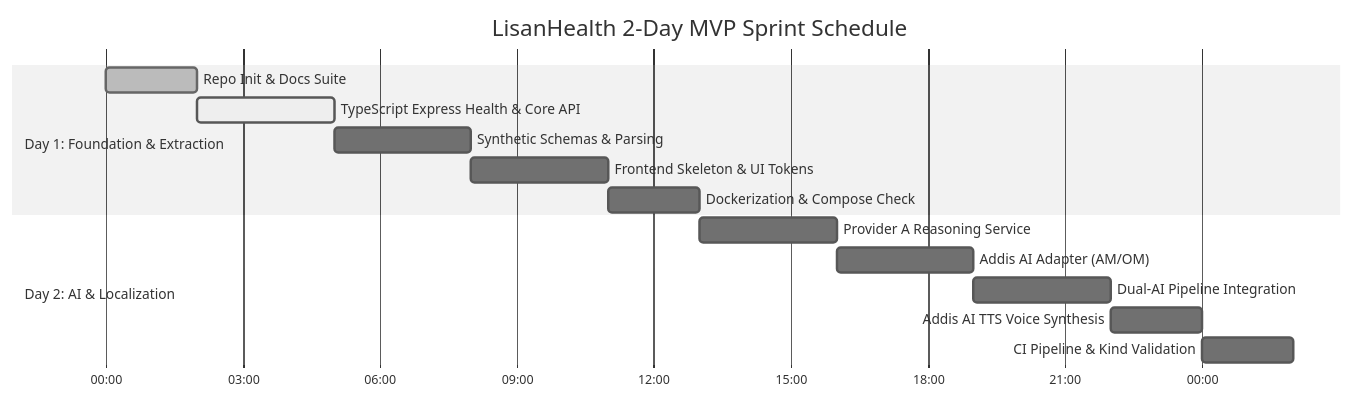
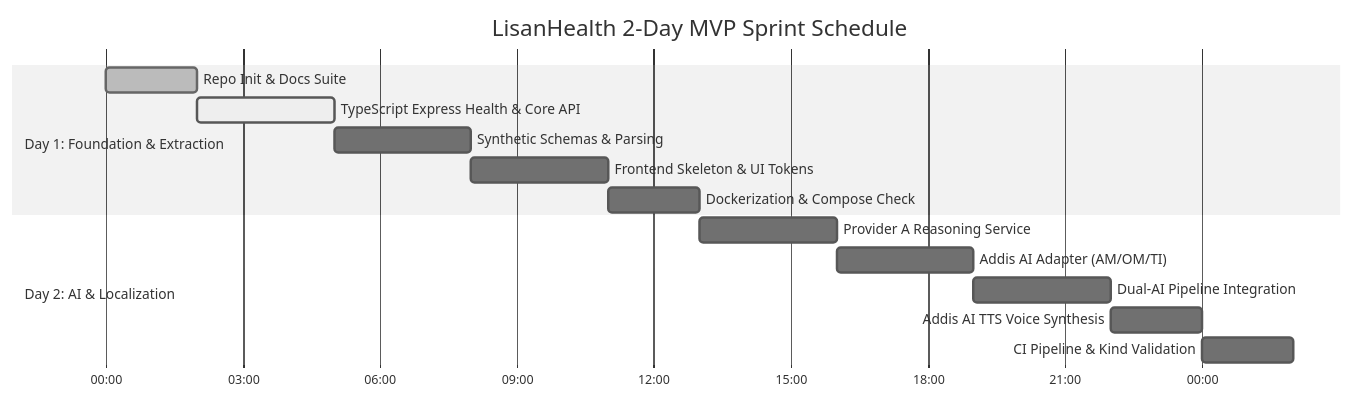
One commit to Eliphaz21/Lisan_Health changed the diagram in docs/implementation-plan.md. Above: the diagram before and after it, drawn with Mermaid (neutral theme). The commit also changed other lines of this file and 8 other files, not shown here.

````diff
--- a/docs/implementation-plan.md
+++ b/docs/implementation-plan.md
@@ -12,20 +12,20 @@
 ```mermaid
 gantt
     title LisanHealth 2-Day MVP Sprint Schedule
     dateFormat  HH:mm
     axisFormat  %H:%M
     
     section Day 1: Foundation & Extraction
     Repo Init & Docs Suite        :done, d1_1, 00:00, 2h
     TypeScript Express Health & Core API     :active, d1_2, after d1_1, 3h
     Synthetic Schemas & Parsing   :d1_3, after d1_2, 3h
     Frontend Skeleton & UI Tokens :d1_4, after d1_3, 3h
     Dockerization & Compose Check :d1_5, after d1_4, 2h
 
     section Day 2: AI & Localization
     Provider A Reasoning Service  :d2_1, after d1_5, 3h
-    Addis AI Adapter (AM/OM)      :d2_2, after d2_1, 3h
+    Addis AI Adapter (AM/OM/TI)      :d2_2, after d2_1, 3h
     Dual-AI Pipeline Integration  :d2_3, after d2_2, 3h
     Addis AI TTS Voice Synthesis  :d2_4, after d2_3, 2h
     CI Pipeline & Kind Validation :d2_5, after d2_4, 2h
 ```
````
